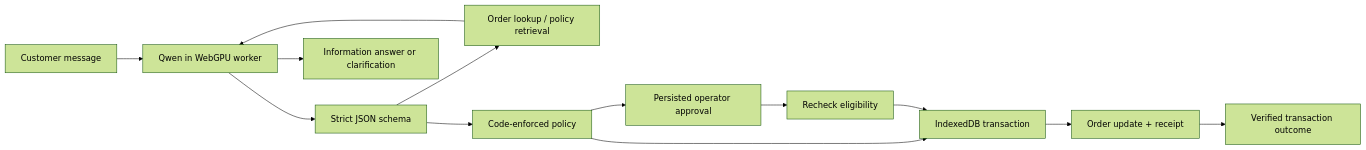
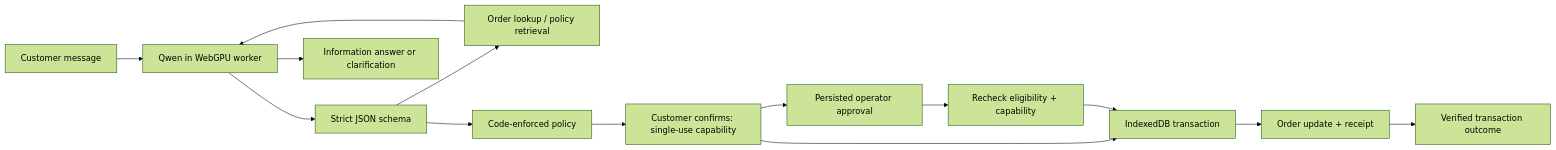
The diagram in docs/live-playground.md (riyadadlani02/relay-agent-os), drawn with Mermaid (forest theme) before and after one commit. The commit also changed other lines of this file and 31 other files, not shown here.

````diff
--- a/docs/live-playground.md
+++ b/docs/live-playground.md
@@ -9,15 +9,16 @@
 ```mermaid
 flowchart LR
   User[Customer message] --> Model[Qwen in WebGPU worker]
   Model --> Schema[Strict JSON schema]
   Schema --> Read[Order lookup / policy retrieval]
   Read --> Model
   Schema --> Guard[Code-enforced policy]
-  Guard --> Review[Persisted operator approval]
-  Review --> Recheck[Recheck eligibility]
-  Guard --> Commit[IndexedDB transaction]
+  Guard --> Consent[Customer confirms: single-use capability]
+  Consent --> Review[Persisted operator approval]
+  Review --> Recheck[Recheck eligibility + capability]
+  Consent --> Commit[IndexedDB transaction]
   Recheck --> Commit
   Commit --> Receipt[Order update + receipt]
   Receipt --> Outcome[Verified transaction outcome]
   Model --> Reply[Information answer or clarification]
 ```
````
